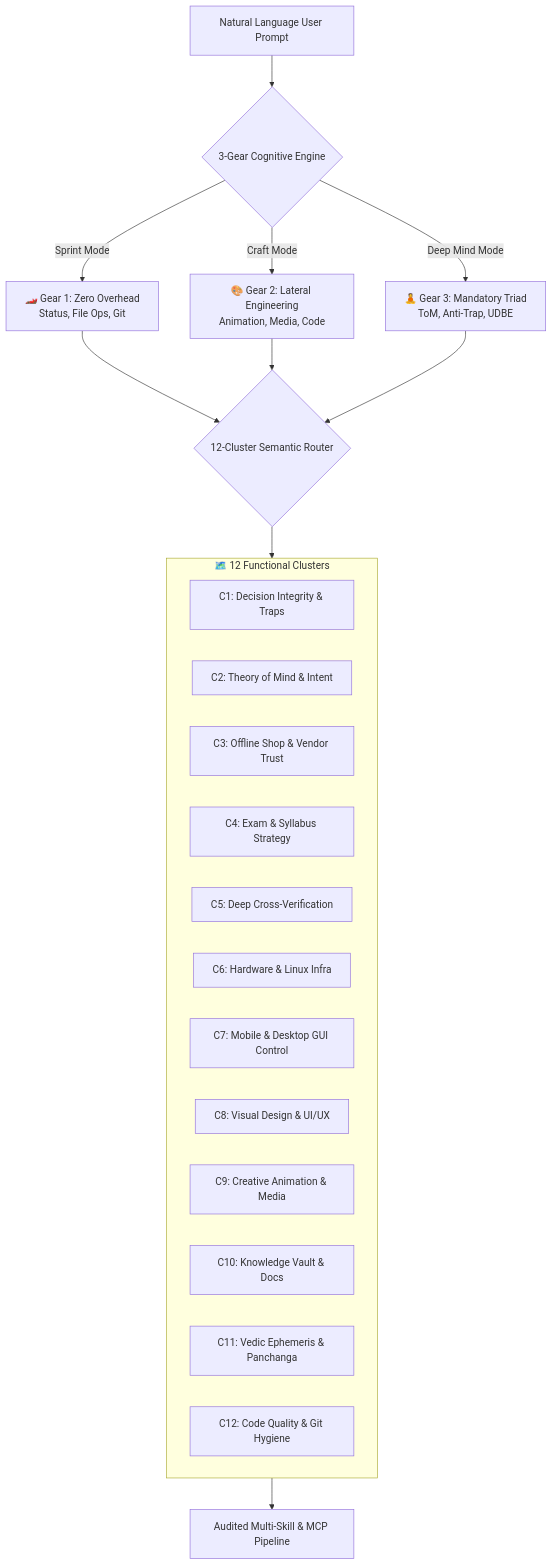
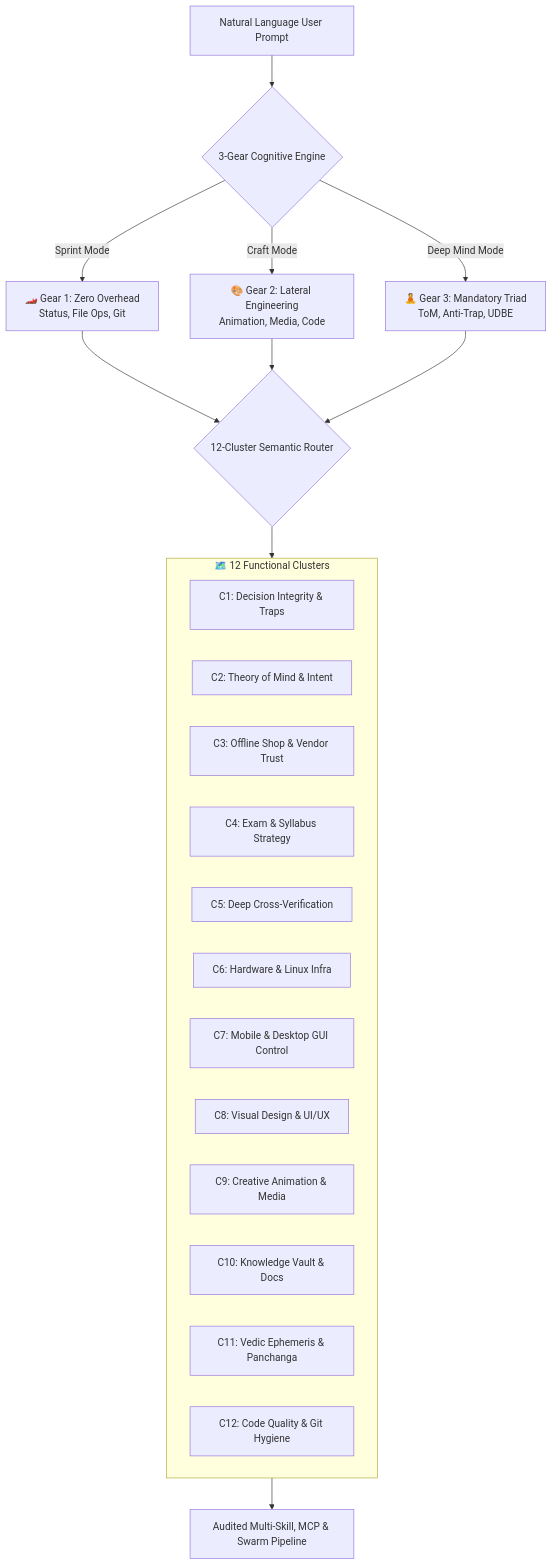
The diagram in README.md (Kanad590/antigravity-skills), drawn with Mermaid before and after one commit. The commit also changed other lines of this file and 6 other files, not shown here.

````diff
--- a/README.md
+++ b/README.md
@@ -16,30 +16,30 @@
 ```mermaid
 flowchart TD
     Prompt["Natural Language User Prompt"] --> Gearbox{"3-Gear Cognitive Engine"}
     
     Gearbox -->|Sprint Mode| G1["🏎️ Gear 1: Zero Overhead<br>Status, File Ops, Git"]
     Gearbox -->|Craft Mode| G2["🎨 Gear 2: Lateral Engineering<br>Animation, Media, Code"]
     Gearbox -->|Deep Mind Mode| G3["🧘 Gear 3: Mandatory Triad<br>ToM, Anti-Trap, UDBE"]
     
     G1 --> Router{"12-Cluster Semantic Router"}
     G2 --> Router
     G3 --> Router
     
     subgraph Clusters["🗺️ 12 Functional Clusters"]
         C1["C1: Decision Integrity & Traps"]
         C2["C2: Theory of Mind & Intent"]
         C3["C3: Offline Shop & Vendor Trust"]
         C4["C4: Exam & Syllabus Strategy"]
         C5["C5: Deep Cross-Verification"]
         C6["C6: Hardware & Linux Infra"]
         C7["C7: Mobile & Desktop GUI Control"]
         C8["C8: Visual Design & UI/UX"]
         C9["C9: Creative Animation & Media"]
         C10["C10: Knowledge Vault & Docs"]
         C11["C11: Vedic Ephemeris & Panchanga"]
         C12["C12: Code Quality & Git Hygiene"]
     end
     
     Router --> Clusters
-    Clusters --> Execution["Audited Multi-Skill & MCP Pipeline"]
+    Clusters --> Execution["Audited Multi-Skill, MCP & Swarm Pipeline"]
 ```
````
